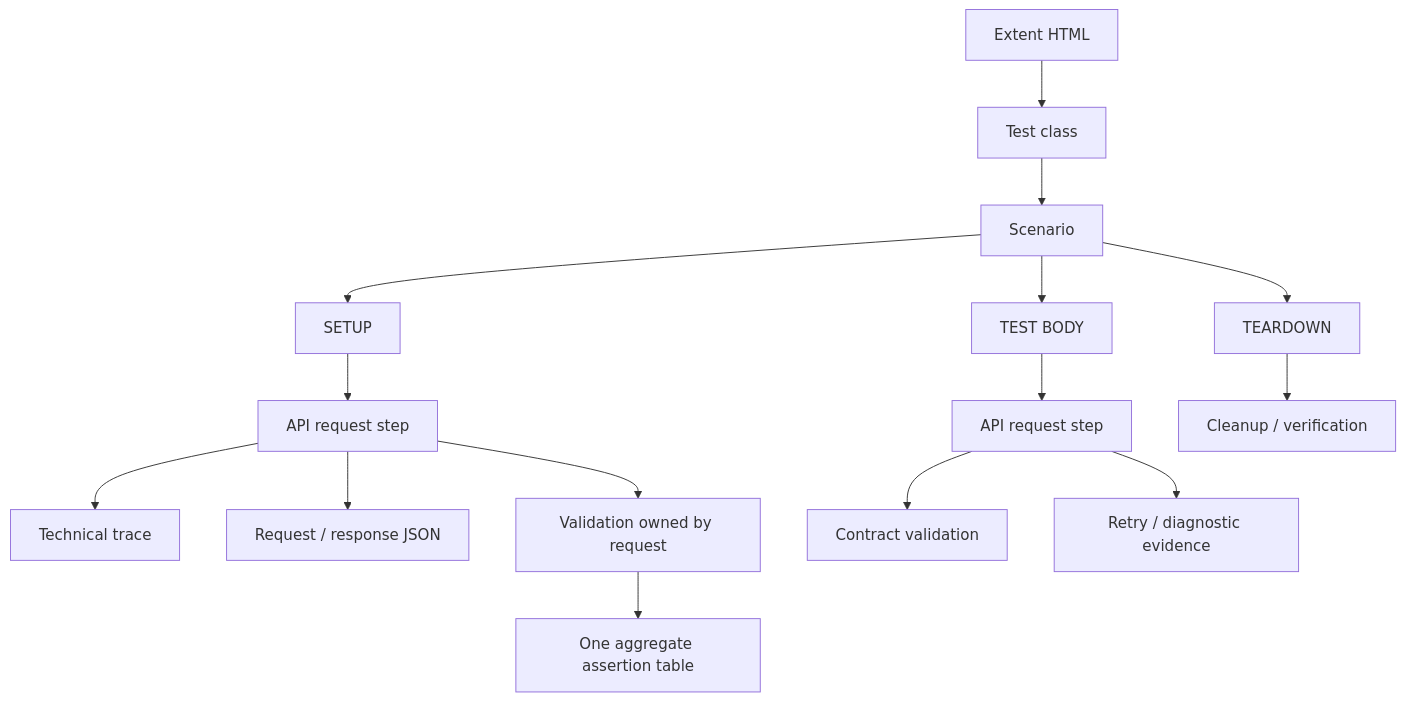
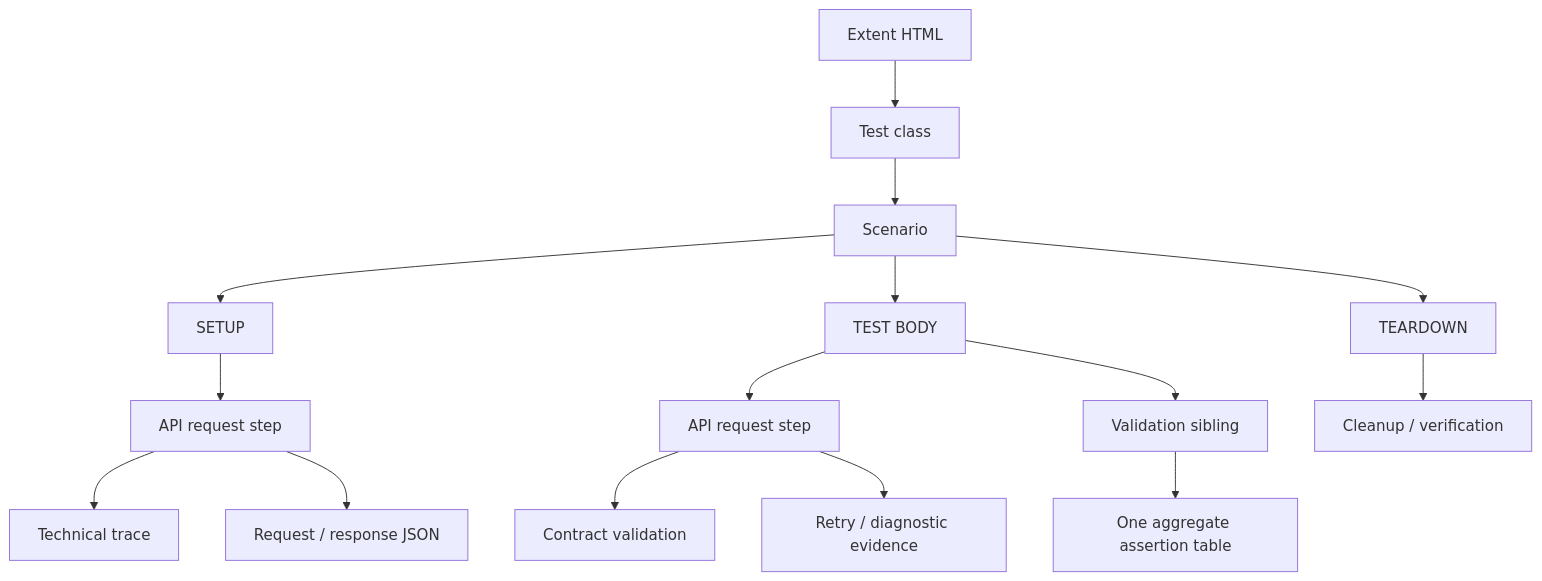
One commit to crististefanita/CS1 changed the second of 8 diagrams in README.md. Above: the diagram before and after it, drawn with Mermaid. The commit also changed other lines of this file and 26 other files, not shown here.

````diff
--- a/README.md
+++ b/README.md
@@ -97,17 +97,17 @@
 ```mermaid
 flowchart TD
     A[Extent HTML] --> B[Test class]
     B --> C[Scenario]
     C --> D[SETUP]
     C --> E[TEST BODY]
     C --> F[TEARDOWN]
     D --> G[API request step]
     E --> H[API request step]
     F --> I[Cleanup / verification]
     G --> J[Technical trace]
     G --> K[Request / response JSON]
     H --> L[Contract validation]
     H --> M[Retry / diagnostic evidence]
-    G --> N[Validation owned by request]
+    E --> N[Validation sibling]
     N --> O[One aggregate assertion table]
 ```
````
